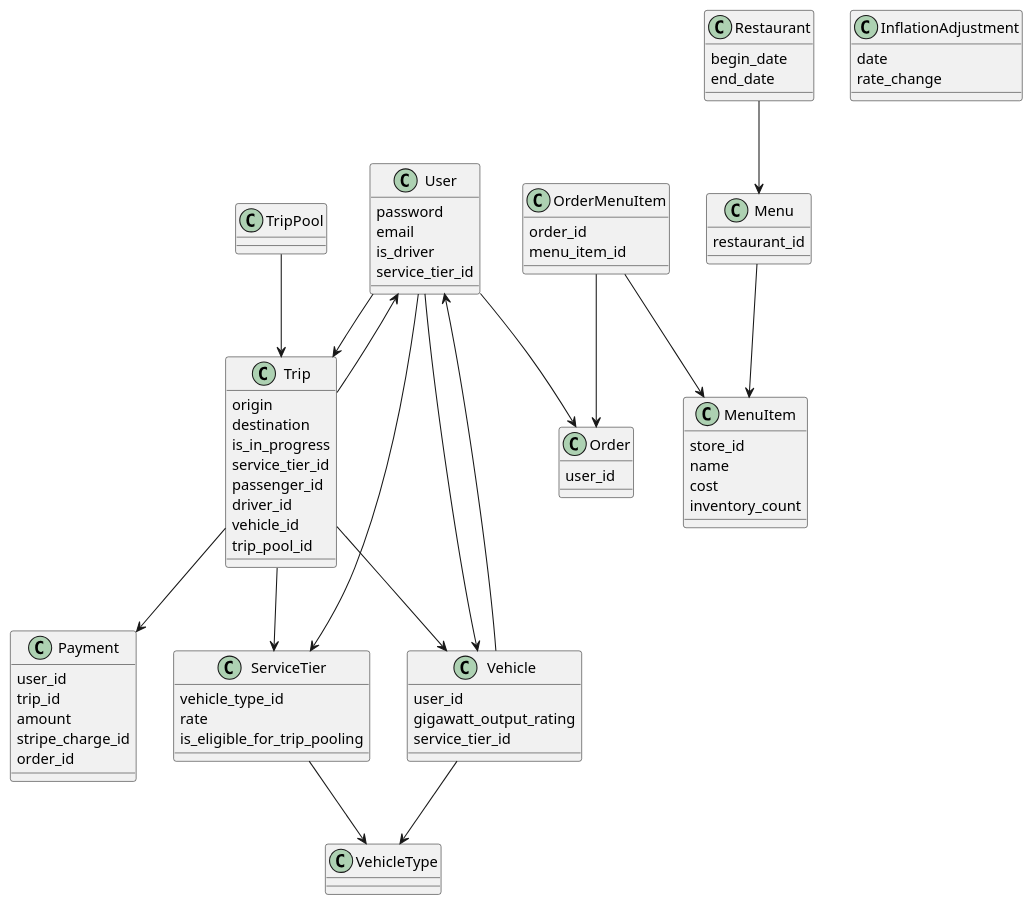
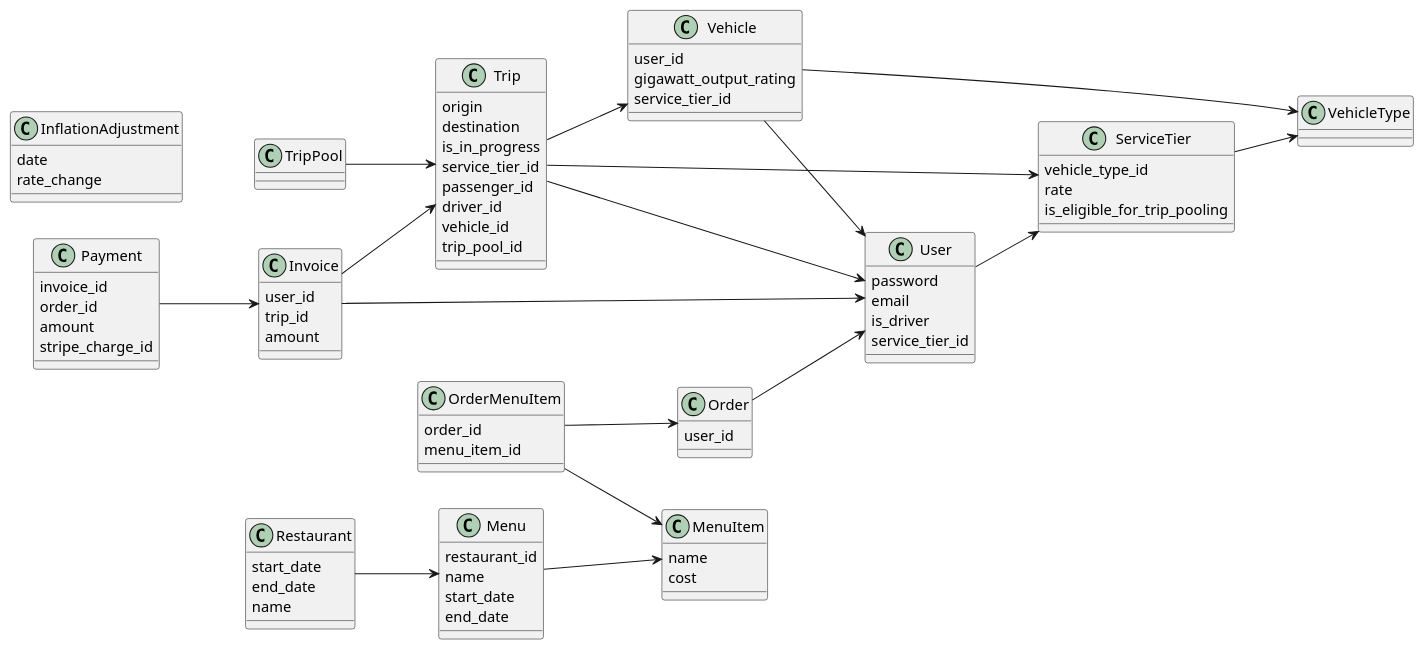
One commit to andrewhao/dddrail-talk changed the diagram in diagrams/4-delorean-eats.plantuml. Above: the diagram before and after it, drawn with PlantUML. The commit also changed 8 other files, not shown here.

Commit message:
Adding updated diagrams to sync with code.

```diff
--- a/diagrams/4-delorean-eats.plantuml
+++ b/diagrams/4-delorean-eats.plantuml
@@ -1,95 +1,103 @@
 @startuml
+left to right direction
 skinparam shadowing false
 
 class User {
   password
   email
   is_driver
   service_tier_id
 }
 
 class Trip {
   origin
   destination
   is_in_progress
   service_tier_id
   passenger_id
   driver_id
   vehicle_id
   trip_pool_id
 }
 
-class Vehicle {
+class Invoice {
   user_id
-  gigawatt_output_rating
-  service_tier_id
+  trip_id
+  amount
 }
 
 class Payment {
-  user_id
-  trip_id
+  invoice_id
+  order_id
   amount
   stripe_charge_id
-  order_id
 }
 
 class ServiceTier {
   vehicle_type_id
   rate
   is_eligible_for_trip_pooling
+}
+
+class Vehicle {
+  user_id
+  gigawatt_output_rating
+  service_tier_id
 }
 
 class VehicleType {
 }
 
 class TripPool {
 }
 
 class Order {
   user_id
 }
 
 class OrderMenuItem {
   order_id
   menu_item_id
 }
 
 class Restaurant {
-  begin_date
+  start_date
   end_date
+  name
 }
 
 class Menu {
   restaurant_id
+  name
+  start_date
+  end_date
 }
 
 class MenuItem {
-  store_id
   name
   cost
-  inventory_count
 }
 
 class InflationAdjustment {
   date
   rate_change
 }
 
-User --> Trip
 Trip --> User
-Trip --> Payment
 Trip --> ServiceTier
 Trip --> Vehicle
+Vehicle --> User
+Invoice --> User
+Invoice --> Trip
+Payment --> Invoice
 ServiceTier --> VehicleType
 Vehicle --> VehicleType
-Vehicle --> User
 User --> ServiceTier
 TripPool --> Trip
-User --> Vehicle
-User --> Order
+Order --> User
 OrderMenuItem --> Order
 OrderMenuItem --> MenuItem
 Restaurant --> Menu
 Menu --> MenuItem
 
 @enduml
```
